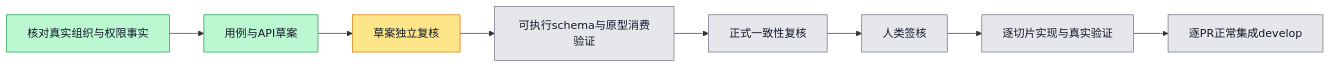
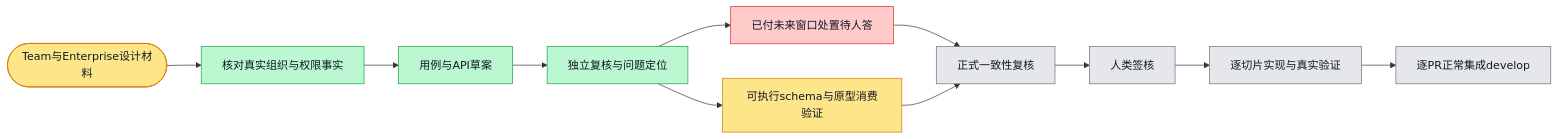
The diagram in phases/phase-21-billing-payment/design-deltas/team-enterprise-v1/execution-plan.md (boardx/workspacex), drawn with Mermaid before and after one commit. The commit also changed other lines of this file and 29 other files, not shown here.

````diff
--- a/phases/phase-21-billing-payment/design-deltas/team-enterprise-v1/execution-plan.md
+++ b/phases/phase-21-billing-payment/design-deltas/team-enterprise-v1/execution-plan.md
@@ -5,18 +5,29 @@
 ```mermaid
 flowchart LR
- S1[核对真实组织与权限事实] --> S2[用例与API草案]
- S2 --> S3[草案独立复核]
+ G([Team与Enterprise设计材料]) --> S1[核对真实组织与权限事实]
+ S1 --> S2[用例与API草案]
+ S2 --> S3[独立复核与问题定位]
+ S3 --> B1[已付未来窗口处置待人答]
  S3 --> S4[可执行schema与原型消费验证]
- S4 --> S5[正式一致性复核]
+ B1 --> S5[正式一致性复核]
+ S4 --> S5
  S5 --> S6[人类签核]
  S6 --> S7[逐切片实现与真实验证]
  S7 --> S8[逐PR正常集成develop]
  classDef todo fill:#e5e7eb,stroke:#6b7280,color:#111827
  classDef doing fill:#fde68a,stroke:#d97706,color:#111827
+ classDef done fill:#bbf7d0,stroke:#16a34a,color:#111827
  classDef tested fill:#ddd6fe,stroke:#7c3aed,color:#111827
- classDef done fill:#bbf7d0,stroke:#16a34a,color:#111827
+ classDef blocked fill:#fecaca,stroke:#dc2626,color:#111827
+ class G doing
  class S1 done
  class S2 done
- class S3 doing
- class S4,S5,S6,S7,S8 todo
+ class S3 done
+ class B1 blocked
+ %% blocked B1: 已通过request_user_input_async询问已付年费剩余窗口处置，等待用户答；不默认停止/退款/折抵
+ class S4 doing
+ class S5 todo
+ class S6 todo
+ class S7 todo
+ class S8 todo
 ```
````
